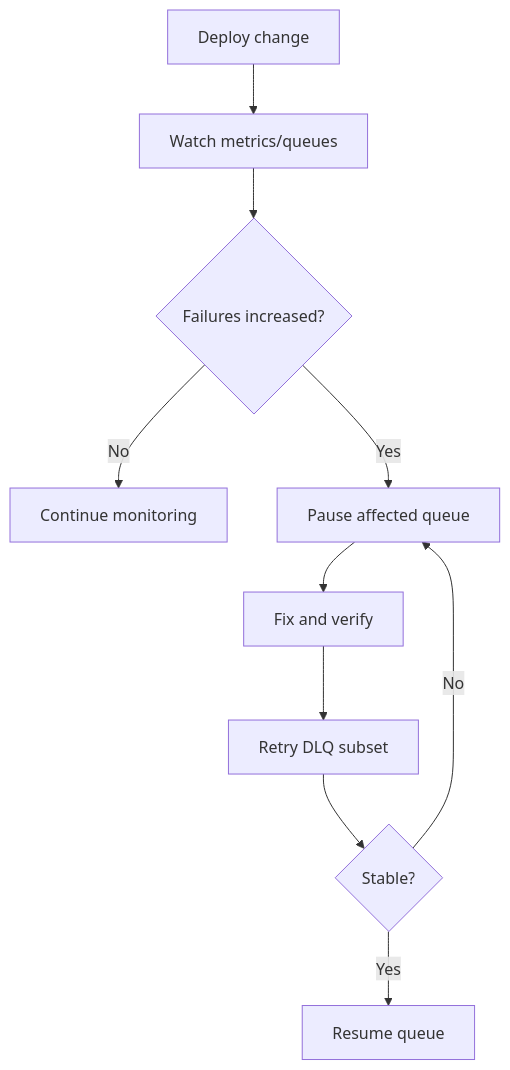
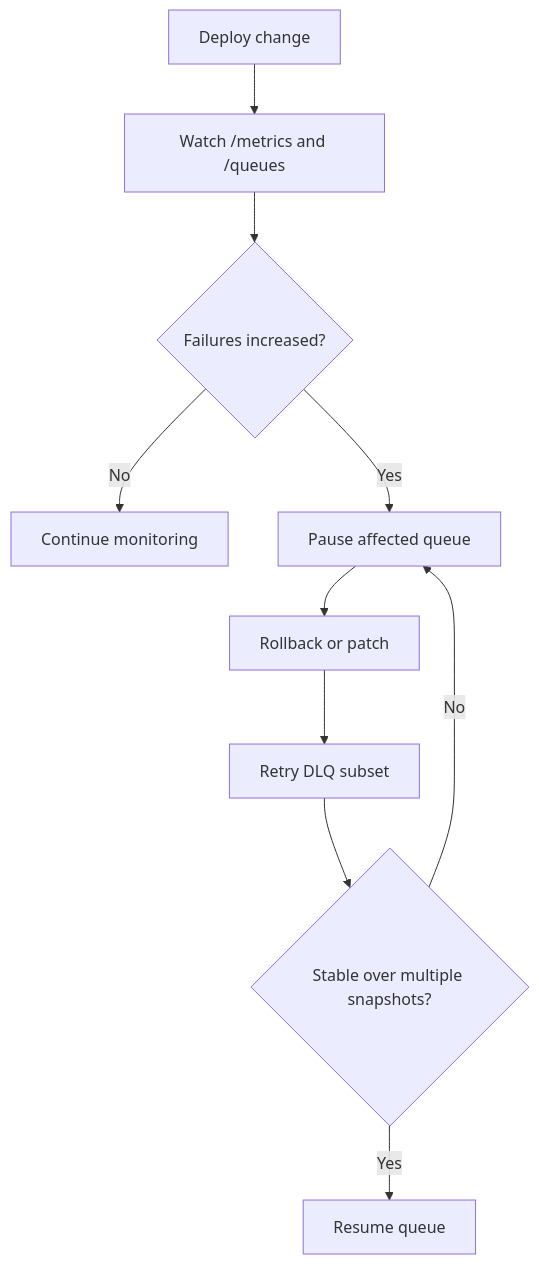
The second of 2 diagrams in docs/en/docs/dashboard/operations.md (dymmond/asyncmq), drawn with Mermaid before and after one commit. The commit also changed other lines of this file and 30 other files, not shown here.

````diff
--- a/docs/en/docs/dashboard/operations.md
+++ b/docs/en/docs/dashboard/operations.md
@@ -34,12 +79,12 @@
 ```mermaid
 flowchart TD
-    A["Deploy change"] --> B["Watch metrics/queues"]
+    A["Deploy change"] --> B["Watch /metrics and /queues"]
     B --> C{"Failures increased?"}
     C -->|No| D["Continue monitoring"]
     C -->|Yes| E["Pause affected queue"]
-    E --> F["Fix and verify"]
+    E --> F["Rollback or patch"]
     F --> G["Retry DLQ subset"]
-    G --> H{"Stable?"}
+    G --> H{"Stable over multiple snapshots?"}
     H -->|Yes| I["Resume queue"]
     H -->|No| E
 ```
````
